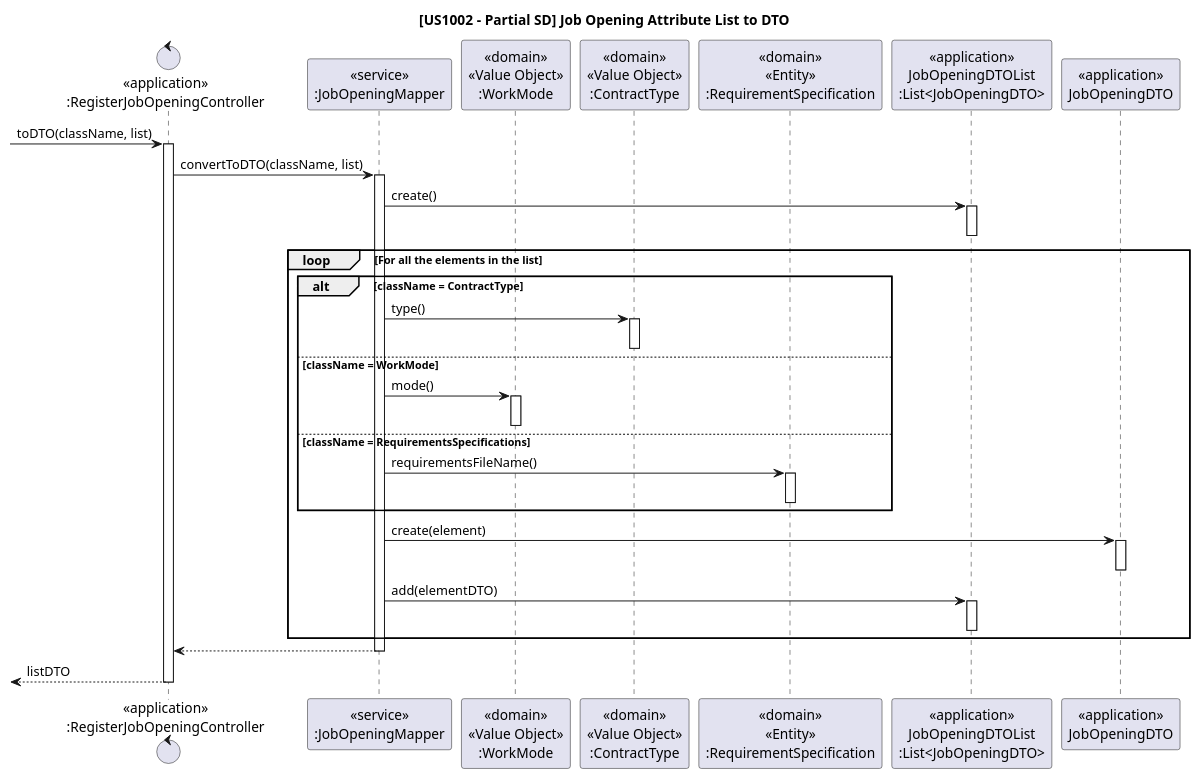
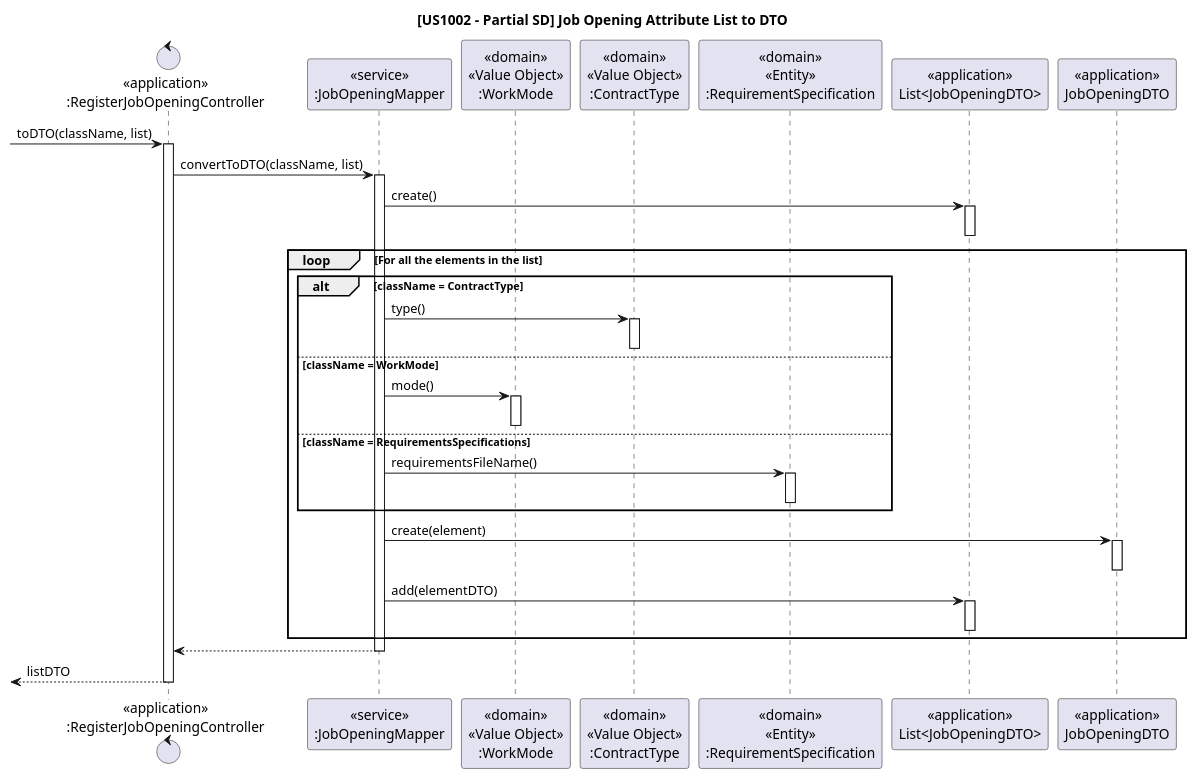
Before and after one commit to rita-barbosa/LAPR4-2324: the diagram in docs/sb_us_1002/US1002_SD/US1002_partial_job_opening_attribute_list_to_DTO.puml, drawn with PlantUML. The commit also changed 1 other file, not shown here.

```diff
--- a/docs/sb_us_1002/US1002_SD/US1002_partial_job_opening_attribute_list_to_DTO.puml
+++ b/docs/sb_us_1002/US1002_SD/US1002_partial_job_opening_attribute_list_to_DTO.puml
@@ -1,67 +1,67 @@
 @startuml US1002_partial_job_opening_attribute_list_to_DTO
 'https://plantuml.com/sequence-diagram
 
 title [US1002 - Partial SD] Job Opening Attribute List to DTO
 
 control "<<application>>\n:RegisterJobOpeningController" as CTRL
 participant "<<service>>\n:JobOpeningMapper" as JobOpMapper
 participant "<<domain>>\n<<Value Object>>\n:WorkMode" as Work
 participant "<<domain>>\n<<Value Object>>\n:ContractType" as Contract
 participant "<<domain>>\n<<Entity>>\n:RequirementSpecification" as ReqSpe
-participant "<<application>>\nJobOpeningDTOList\n:List<JobOpeningDTO>" as DTOList
+participant "<<application>>\nList<JobOpeningDTO>" as DTOList
 participant "<<application>>\nJobOpeningDTO" as DTO
 
 
 -> CTRL : toDTO(className, list)
 
 activate CTRL
 
     CTRL -> JobOpMapper : convertToDTO(className, list)
     activate JobOpMapper
 
         JobOpMapper -> DTOList : create()
         activate DTOList
         deactivate DTOList
 
         loop For all the elements in the list
             alt className = ContractType
                 'loop for all contract types
                     JobOpMapper -> Contract : type()
                     activate Contract
                     deactivate Contract
                 'end loop
 
             else className = WorkMode
                 'loop for all work mode
                     JobOpMapper -> Work : mode()
                     activate Work
                     deactivate Work
                 'end loop
 
             else className = RequirementsSpecifications
                 'loop for all requirements specifications files
                     JobOpMapper -> ReqSpe : requirementsFileName()
                     activate ReqSpe
                     deactivate ReqSpe
                 'end loop
 
             end alt
 
             JobOpMapper -> DTO : create(element)
             activate DTO
             deactivate DTO
 
             JobOpMapper -> DTOList : add(elementDTO)
             activate DTOList
             deactivate DTOList
         end loop
 
         JobOpMapper --> CTRL
 
     deactivate JobOpMapper
 
 <-- CTRL : listDTO
 
 deactivate CTRL
 
 @enduml
```
